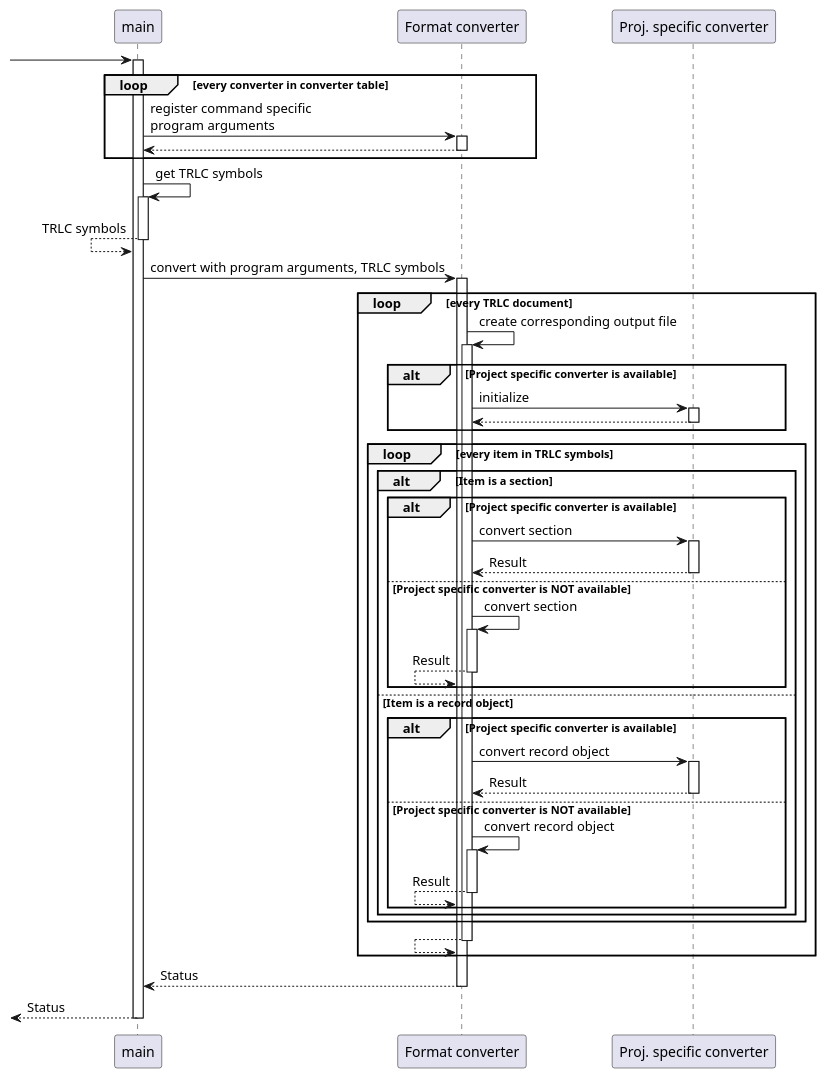
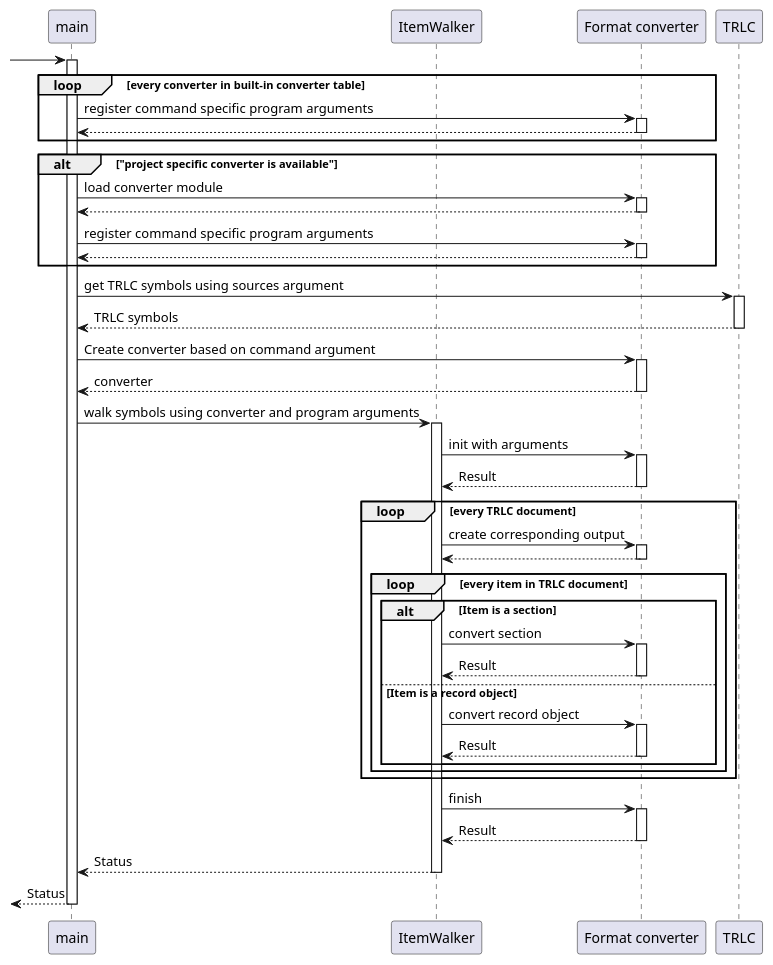
The diagram in doc/architecture/sequence_diagram.puml (nhjschulz/pyTRLCConverter), drawn with PlantUML before and after one commit. The commit also changed 12 other files, not shown here.

```diff
--- a/doc/architecture/sequence_diagram.puml
+++ b/doc/architecture/sequence_diagram.puml
@@ -1,62 +1,55 @@
 @startuml sequence_diagram
 
 participant "main" as main
+participant "ItemWalker" as walker
 participant "Format converter" as formatConverter
-participant "Proj. specific converter" as projSpecConv
+participant "TRLC" as trlc
 
 autoactivate on
 
 -> main
 
-loop every converter in converter table
-    main -> formatConverter: register command specific\nprogram arguments
+loop every converter in built-in converter table
+    main -> formatConverter: register command specific program arguments
     main <-- formatConverter
 end
 
-main -> main: get TRLC symbols
-main <-- main: TRLC symbols
+alt "project specific converter is available"
+    main -> formatConverter: load converter module
+    main <-- formatConverter
+    main -> formatConverter: register command specific program arguments
+    main <-- formatConverter
+end
 
-main -> formatConverter: convert with program arguments, TRLC symbols
+main -> trlc: get TRLC symbols using sources argument
+main <-- trlc: TRLC symbols
 
-    loop every TRLC document
-        formatConverter -> formatConverter: create corresponding output file
+main -> formatConverter: Create converter based on command argument
+main <-- formatConverter: converter
 
-            alt Project specific converter is available
-                formatConverter -> projSpecConv: initialize
-                formatConverter <-- projSpecConv
-            end
+main -> walker: walk symbols using converter and program arguments 
 
-            loop every item in TRLC symbols
+walker -> formatConverter: init with arguments
+walker <-- formatConverter: Result
 
-                alt Item is a section
+loop every TRLC document
+    walker -> formatConverter: create corresponding output
+    walker <-- formatConverter
+    loop every item in TRLC document
+        alt Item is a section
+            walker -> formatConverter: convert section
+            walker <-- formatConverter: Result
+        else Item is a record object
+            walker -> formatConverter: convert record object
+            walker <-- formatConverter: Result
+        end
+    end
+end
+walker -> formatConverter: finish
+walker <-- formatConverter: Result
 
-                    alt Project specific converter is available
-                        formatConverter -> projSpecConv: convert section
-                        formatConverter <-- projSpecConv: Result
-                    else Project specific converter is NOT available
-                        formatConverter -> formatConverter: convert section
-                        formatConverter <-- formatConverter: Result
-                    end
-
-                else Item is a record object
-
-                    alt Project specific converter is available
-                        formatConverter -> projSpecConv: convert record object
-                        formatConverter <-- projSpecConv: Result
-                    else Project specific converter is NOT available
-                        formatConverter -> formatConverter: convert record object
-                        formatConverter <-- formatConverter: Result
-                    end
-
-                end
-
-            end
-
-        formatConverter <-- formatConverter
-    end
-
-main <-- formatConverter: Status
+main <-- walker: Status
 
 <-- main: Status
 
 @enduml
```
